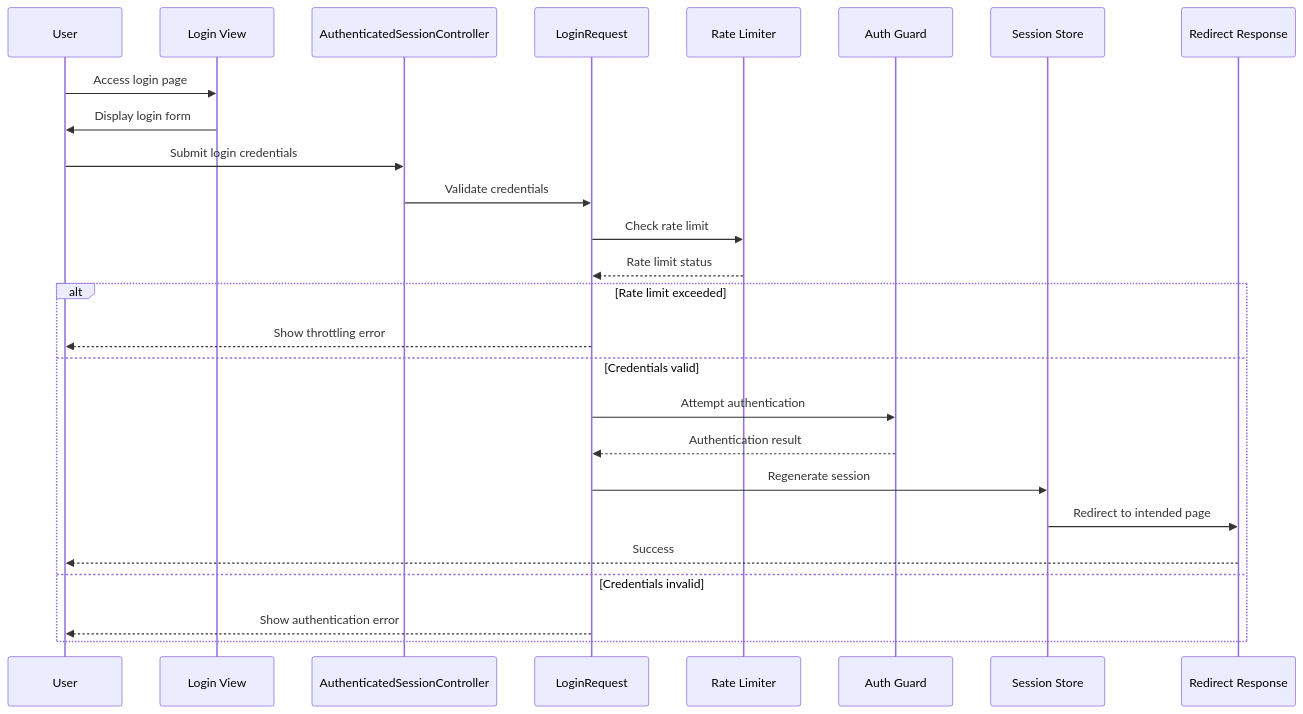
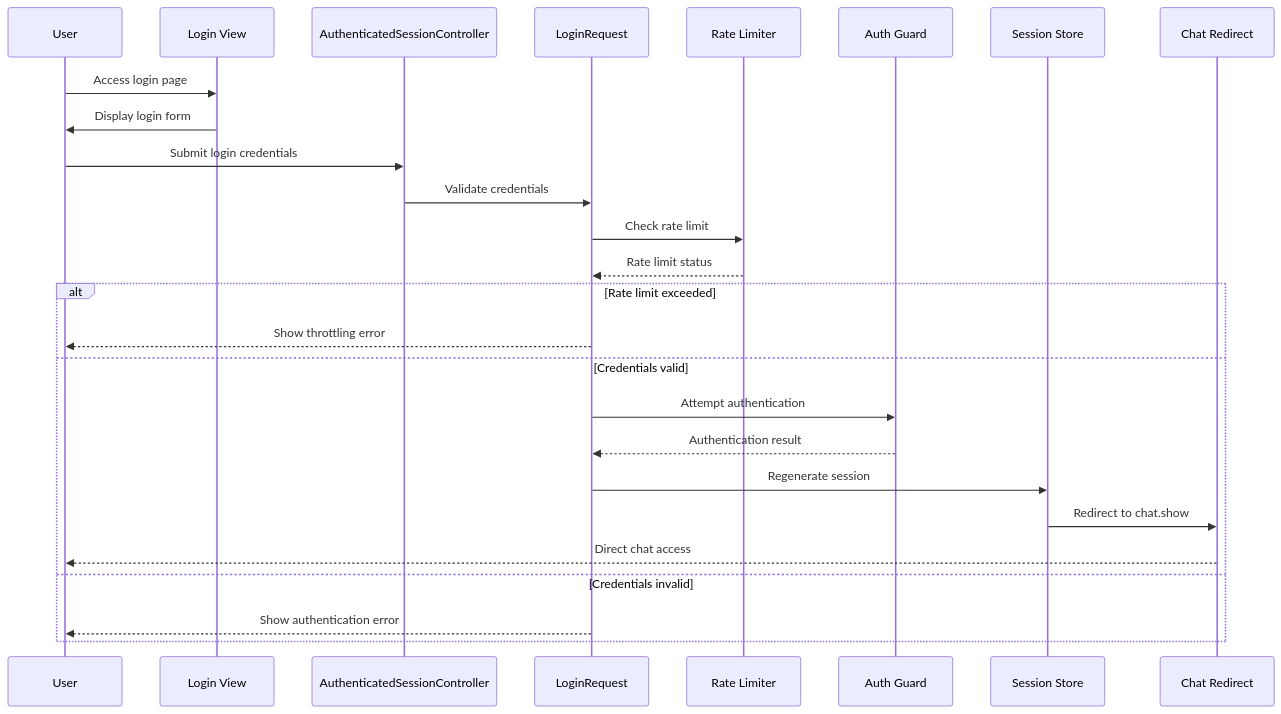
The fourth of 8 diagrams in .qoder/repowiki/en/content/Laravel Application Components/Authentication System.md (siimliimand/laravel-assistant), drawn with Mermaid before and after one commit. The commit also changed other lines of this file and 5 other files, not shown here.

````diff
--- a/.qoder/repowiki/en/content/Laravel Application Components/Authentication System.md
+++ b/.qoder/repowiki/en/content/Laravel Application Components/Authentication System.md
@@ -200,28 +223,28 @@
 ```mermaid
 sequenceDiagram
 participant User as User
 participant LoginView as Login View
 participant LoginController as AuthenticatedSessionController
 participant LoginForm as LoginRequest
 participant RateLimiter as Rate Limiter
 participant AuthGuard as Auth Guard
 participant SessionStore as Session Store
-participant Redirect as Redirect Response
+participant ChatRedirect as Chat Redirect
 User->>LoginView : Access login page
 LoginView->>User : Display login form
 User->>LoginController : Submit login credentials
 LoginController->>LoginForm : Validate credentials
 LoginForm->>RateLimiter : Check rate limit
 RateLimiter-->>LoginForm : Rate limit status
 alt Rate limit exceeded
 LoginForm-->>User : Show throttling error
 else Credentials valid
 LoginForm->>AuthGuard : Attempt authentication
 AuthGuard-->>LoginForm : Authentication result
 LoginForm->>SessionStore : Regenerate session
-SessionStore->>Redirect : Redirect to intended page
-Redirect-->>User : Success
+SessionStore->>ChatRedirect : Redirect to chat.show
+ChatRedirect-->>User : Direct chat access
 else Credentials invalid
 LoginForm-->>User : Show authentication error
 end
 ```
````
